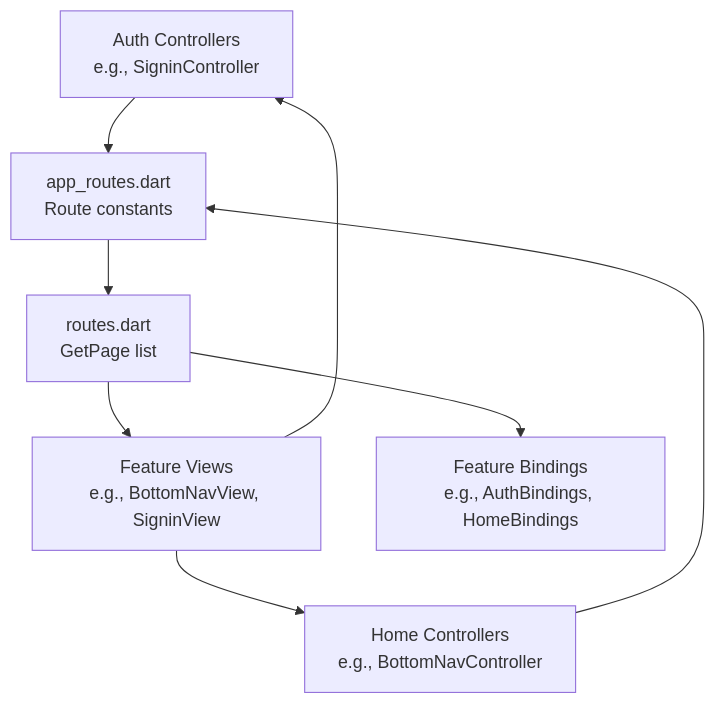
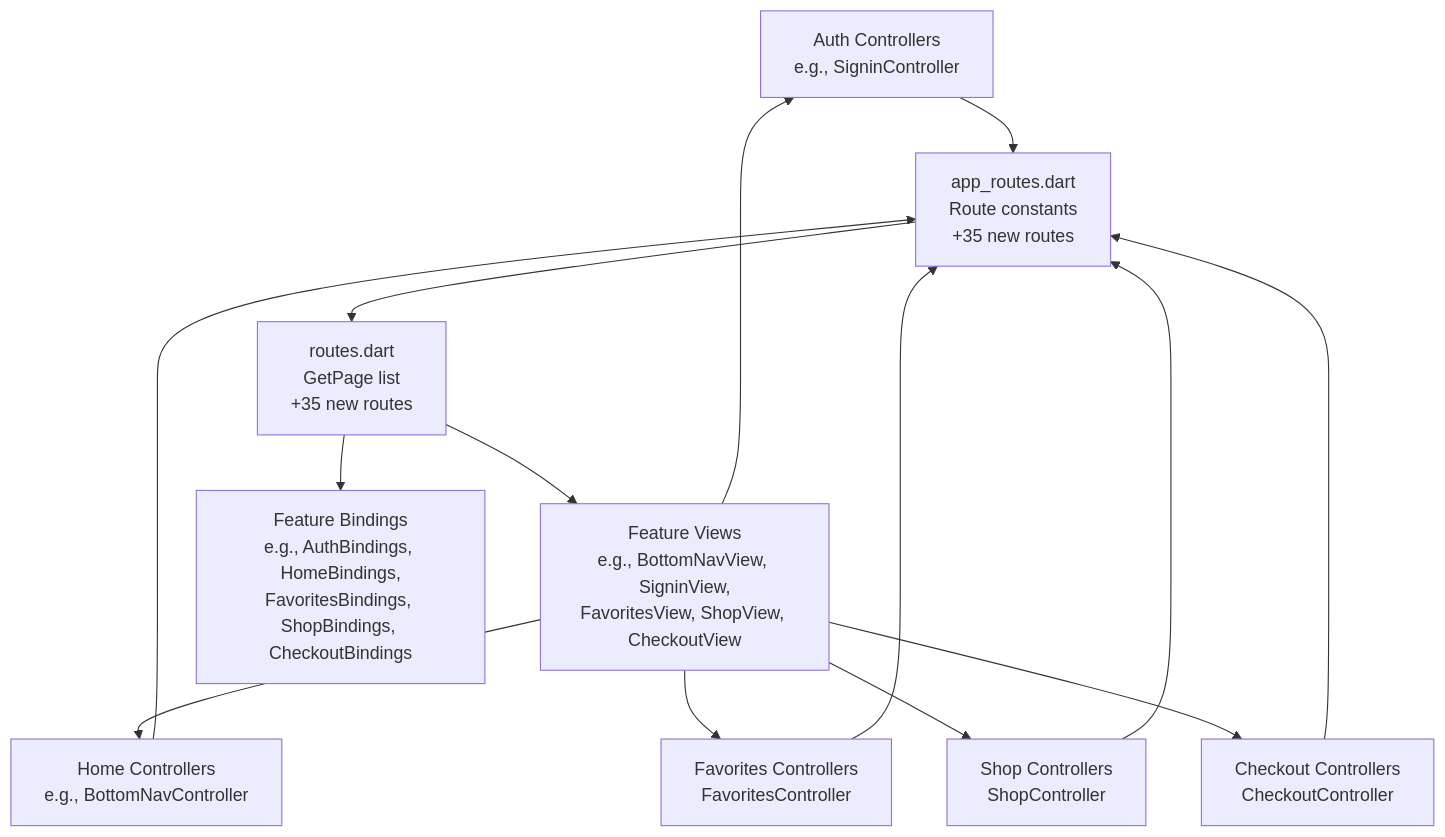
Before and after one commit to Ariful3111/FurniGo: the second of 8 diagrams in .qoder/repowiki/en/content/Architecture Overview/Routing and Navigation.md, drawn with Mermaid. The commit also changed other lines of this file and 15 other files, not shown here.

````diff
--- a/.qoder/repowiki/en/content/Architecture Overview/Routing and Navigation.md
+++ b/.qoder/repowiki/en/content/Architecture Overview/Routing and Navigation.md
@@ -87,16 +112,25 @@
 ```mermaid
 graph TB
 CTRL_AUTH["Auth Controllers<br/>e.g., SigninController"]
 CTRL_HOME["Home Controllers<br/>e.g., BottomNavController"]
-VIEWS["Feature Views<br/>e.g., BottomNavView, SigninView"]
-BINDINGS["Feature Bindings<br/>e.g., AuthBindings, HomeBindings"]
-ROUTES["routes.dart<br/>GetPage list"]
-CONST["app_routes.dart<br/>Route constants"]
+CTRL_FAVORITES["Favorites Controllers<br/>FavoritesController"]
+CTRL_SHOP["Shop Controllers<br/>ShopController"]
+CTRL_CHECKOUT["Checkout Controllers<br/>CheckoutController"]
+VIEWS["Feature Views<br/>e.g., BottomNavView, SigninView,<br/>FavoritesView, ShopView, CheckoutView"]
+BINDINGS["Feature Bindings<br/>e.g., AuthBindings, HomeBindings,<br/>FavoritesBindings, ShopBindings, CheckoutBindings"]
+ROUTES["routes.dart<br/>GetPage list<br/>+35 new routes"]
+CONST["app_routes.dart<br/>Route constants<br/>+35 new routes"]
 CTRL_AUTH --> CONST
 CTRL_HOME --> CONST
+CTRL_FAVORITES --> CONST
+CTRL_SHOP --> CONST
+CTRL_CHECKOUT --> CONST
 CONST --> ROUTES
 ROUTES --> VIEWS
 ROUTES --> BINDINGS
 VIEWS --> CTRL_HOME
 VIEWS --> CTRL_AUTH
+VIEWS --> CTRL_FAVORITES
+VIEWS --> CTRL_SHOP
+VIEWS --> CTRL_CHECKOUT
 ```
````
